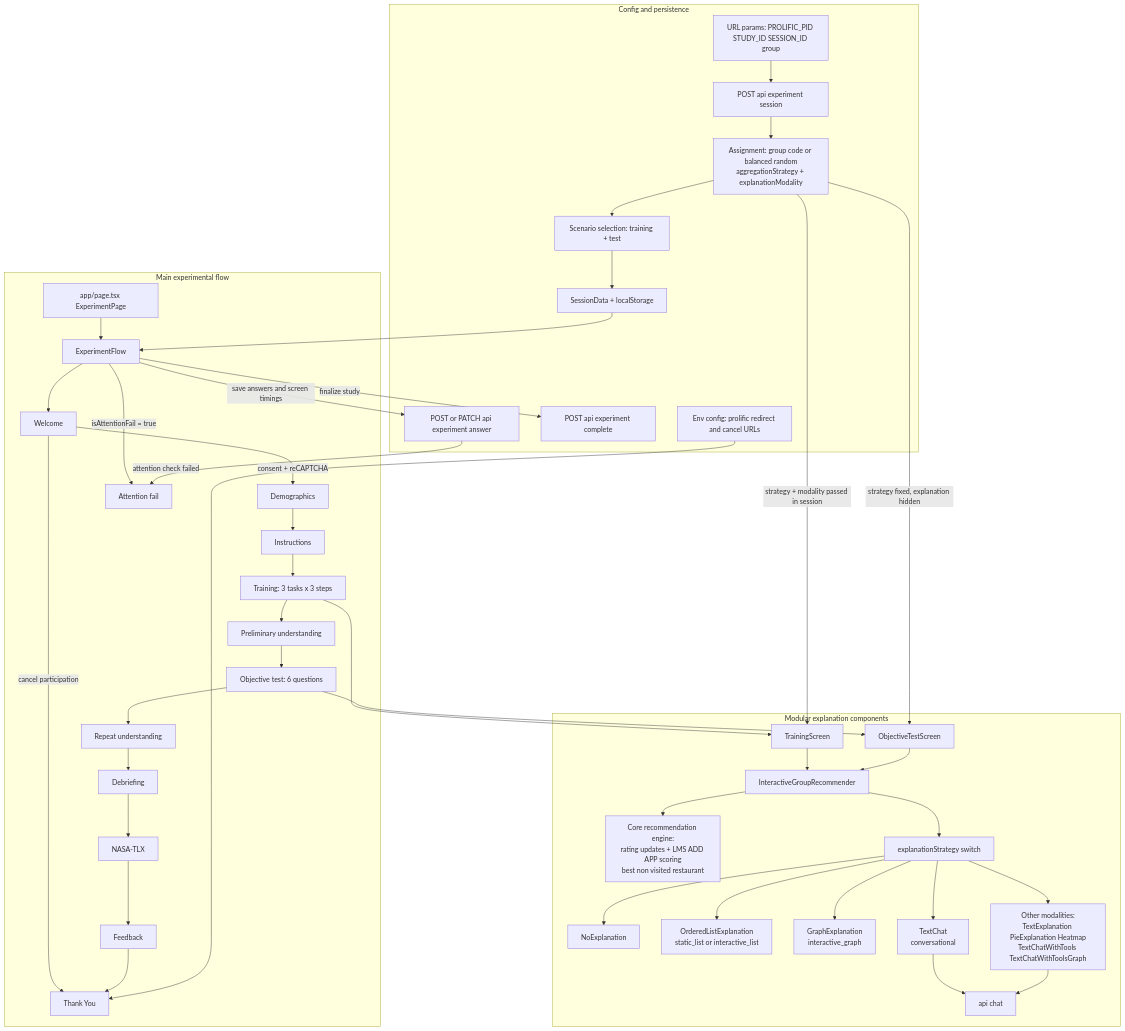
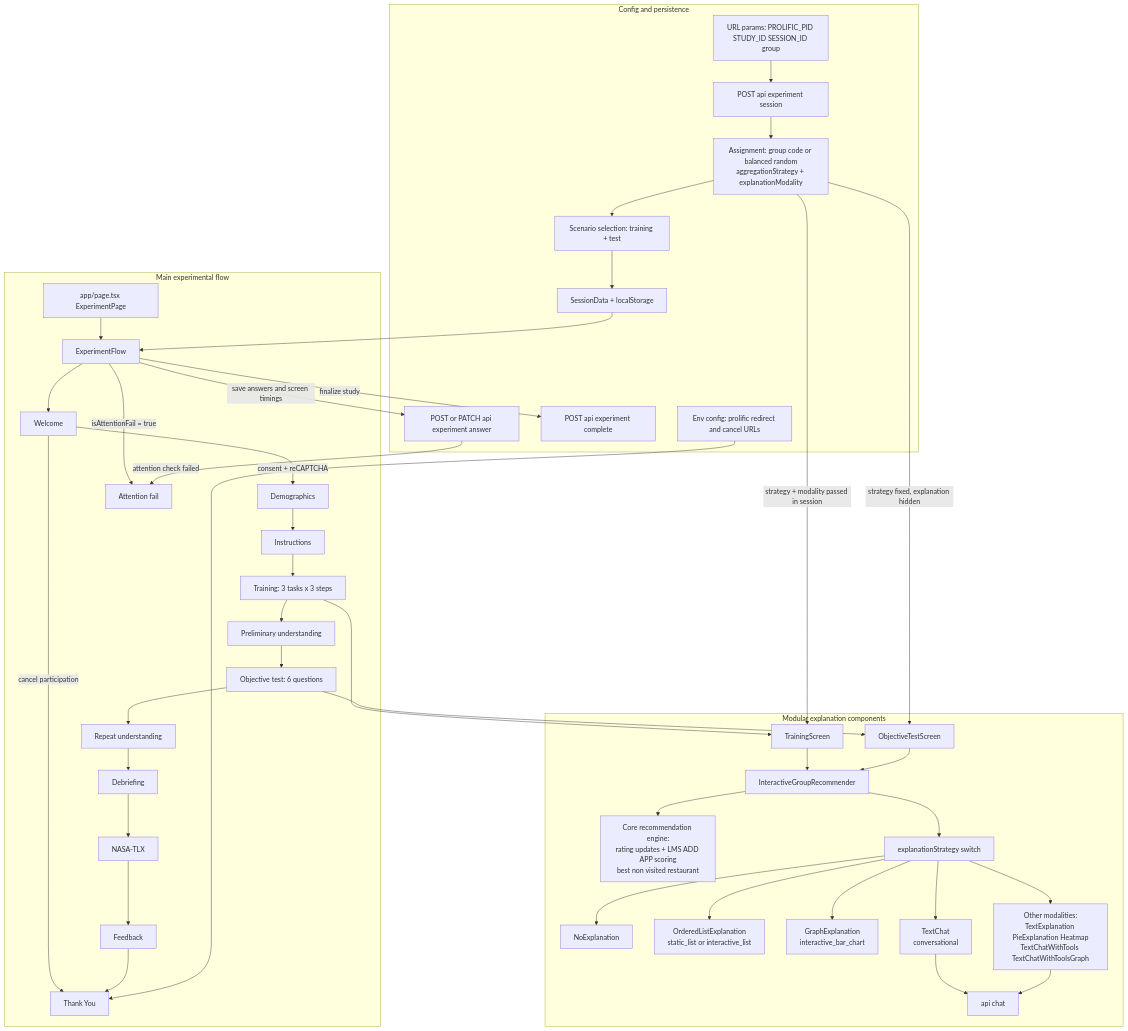
The diagram in README.md (imec-smit-vub-mep-rec/interactive-explainable-group-recommendations), drawn with Mermaid before and after one commit. The commit also changed other lines of this file and 14 other files, not shown here.

Commit message:
renamed graph to bar_chart and updated database and bucketing system accordingly

````diff
--- a/README.md
+++ b/README.md
@@ -139,55 +139,55 @@
 ```mermaid
 flowchart TB
   subgraph MAIN[Main experimental flow]
     APP[app/page.tsx ExperimentPage] --> FLOW[ExperimentFlow]
     FLOW --> WELCOME[Welcome]
     WELCOME -->|consent + reCAPTCHA| DEMO[Demographics]
     WELCOME -->|cancel participation| THANK[Thank You]
     DEMO --> INSTR[Instructions]
     INSTR --> TRAINING[Training: 3 tasks x 3 steps]
     TRAINING --> PRELIM[Preliminary understanding]
     PRELIM --> OBJ[Objective test: 6 questions]
     OBJ --> REPEAT[Repeat understanding]
     REPEAT --> DEBRIEF[Debriefing]
     DEBRIEF --> NASA[NASA-TLX]
     NASA --> FEEDBACK[Feedback]
     FEEDBACK --> THANK
     FLOW -->|isAttentionFail = true| ATTNFAIL[Attention fail]
   end
 
   subgraph CONFIG[Config and persistence]
     URL[URL params: PROLIFIC_PID STUDY_ID SESSION_ID group] --> API_SESSION[POST api experiment session]
     API_SESSION --> ASSIGN[Assignment: group code or balanced random<br/>aggregationStrategy + explanationModality]
     ASSIGN --> SCENARIOS[Scenario selection: training + test]
     SCENARIOS --> SESSION[SessionData + localStorage]
     SESSION --> FLOW
 
     FLOW -->|save answers and screen timings| API_ANSWER[POST or PATCH api experiment answer]
     FLOW -->|finalize study| API_COMPLETE[POST api experiment complete]
     API_ANSWER -->|attention check failed| ATTNFAIL
 
     PROLIFIC[Env config: prolific redirect and cancel URLs] --> THANK
   end
 
   subgraph EXPL[Modular explanation components]
     TRAINING --> TRAINCOMP[TrainingScreen]
     OBJ --> OBJCOMP[ObjectiveTestScreen]
     TRAINCOMP --> IGR[InteractiveGroupRecommender]
     OBJCOMP --> IGR
 
     ASSIGN -->|strategy + modality passed in session| TRAINCOMP
     ASSIGN -->|strategy fixed, explanation hidden| OBJCOMP
 
     IGR --> CORE[Core recommendation engine:<br/>rating updates + LMS ADD APP scoring<br/>best non visited restaurant]
     IGR --> SWITCH[explanationStrategy switch]
 
     SWITCH --> NOEXPL[NoExplanation]
     SWITCH --> OLIST[OrderedListExplanation<br/>static_list or interactive_list]
-    SWITCH --> GEXPL[GraphExplanation<br/>interactive_graph]
+    SWITCH --> GEXPL[GraphExplanation<br/>interactive_bar_chart]
     SWITCH --> CHAT[TextChat<br/>conversational]
     SWITCH --> OTHERS[Other modalities:<br/>TextExplanation PieExplanation Heatmap<br/>TextChatWithTools TextChatWithToolsGraph]
 
     CHAT --> CHAT_API[api chat]
     OTHERS --> CHAT_API
   end
 ```
````
